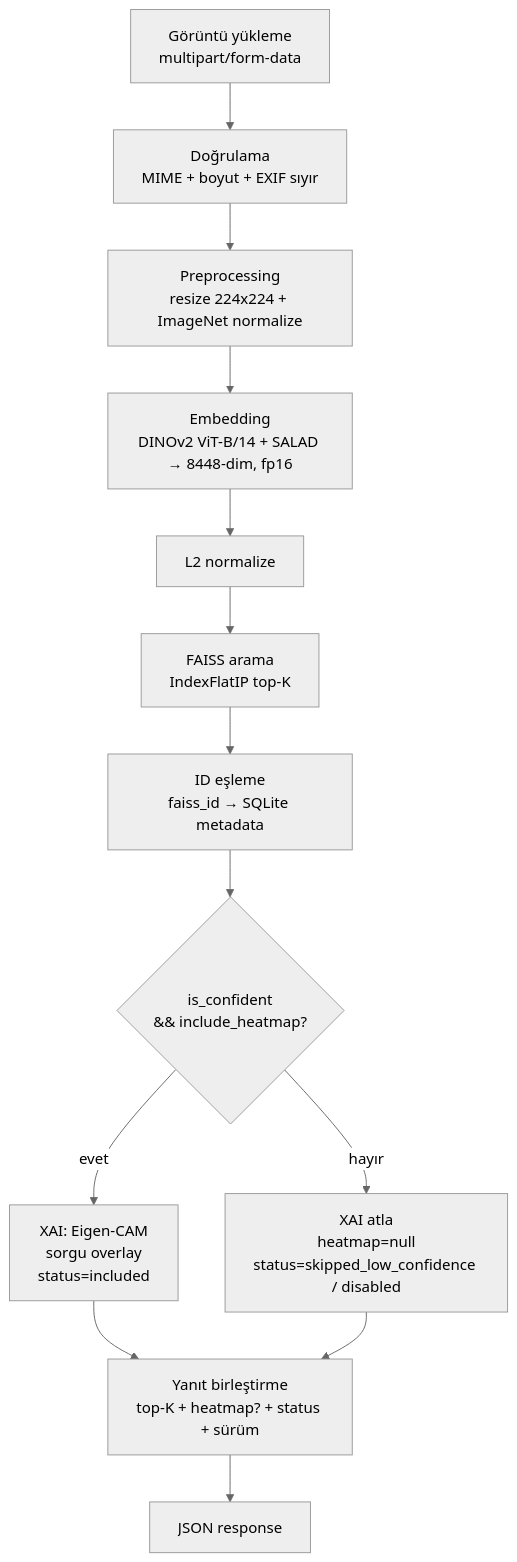
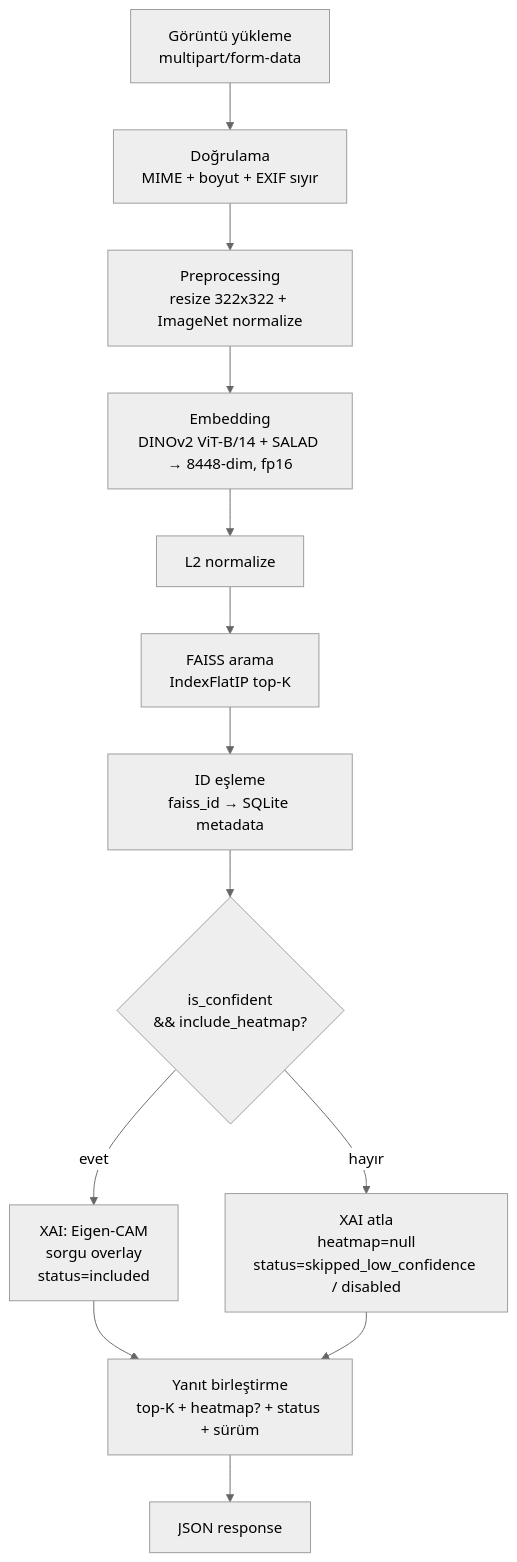
Before and after one commit to EnesSoydan/GeoLens: the first of 3 diagrams in docs/architecture/03-ai-pipeline.md, drawn with Mermaid (neutral theme). The commit also changed other lines of this file and 6 other files, not shown here.

````diff
--- a/docs/architecture/03-ai-pipeline.md
+++ b/docs/architecture/03-ai-pipeline.md
@@ -6,15 +6,16 @@
 ```mermaid
 flowchart TD
     A[Görüntü yükleme<br/>multipart/form-data] --> B[Doğrulama<br/>MIME + boyut + EXIF sıyır]
-    B --> C[Preprocessing<br/>resize 224x224 + ImageNet normalize]
+    B --> C[Preprocessing<br/>resize 322x322 + ImageNet normalize]
     C --> D[Embedding<br/>DINOv2 ViT-B/14 + SALAD → 8448-dim, fp16]
+    %% Not: 322x322 zorunlu - bkz. çözünürlük notu
     D --> E[L2 normalize]
     E --> F[FAISS arama<br/>IndexFlatIP top-K]
     F --> G[ID eşleme<br/>faiss_id → SQLite metadata]
     G --> H{is_confident<br/>&& include_heatmap?}
     H -->|evet| I[XAI: Eigen-CAM<br/>sorgu overlay<br/>status=included]
     H -->|hayır| J[XAI atla<br/>heatmap=null<br/>status=skipped_low_confidence / disabled]
     I --> K[Yanıt birleştirme<br/>top-K + heatmap? + status + sürüm]
     J --> K
     K --> L[JSON response]
 ```
````
